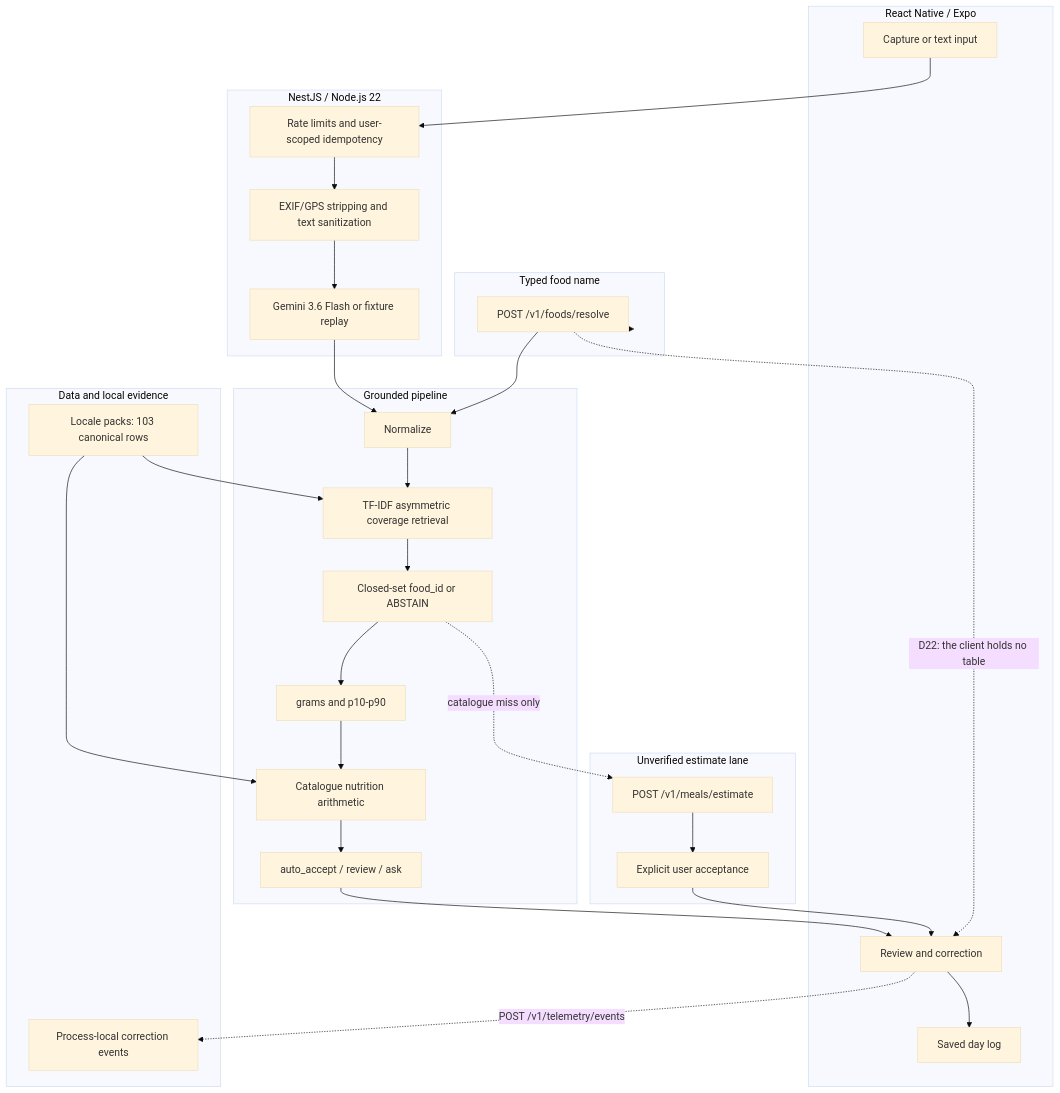
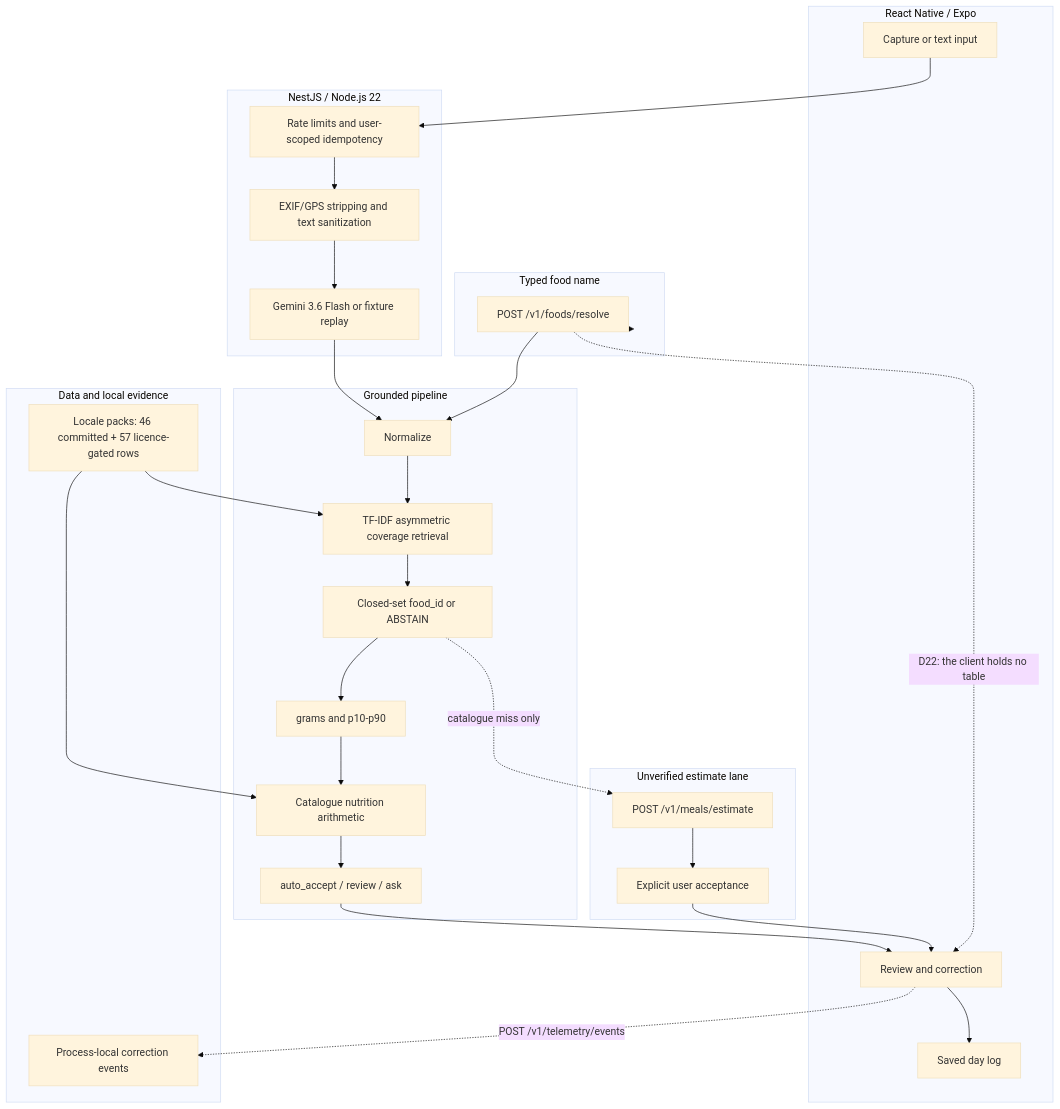
Before and after one commit to zexy2/mealog: the first of 3 diagrams in docs/architecture.md, drawn with Mermaid (base theme). The commit also changed 4 other files, not shown here.

````diff
--- a/docs/architecture.md
+++ b/docs/architecture.md
@@ -9,46 +9,46 @@
 ```mermaid
 flowchart TD
     subgraph Mobile[React Native / Expo]
         Capture[Capture or text input]
         Review[Review and correction]
         Day[Saved day log]
     end
 
     subgraph Edge[NestJS / Node.js 22]
         Limits[Rate limits and user-scoped idempotency]
         Privacy[EXIF/GPS stripping and text sanitization]
         Vision[Gemini 3.6 Flash or fixture replay]
     end
 
     subgraph Grounded[Grounded pipeline]
         Normalize[Normalize]
         Retrieve[TF-IDF asymmetric coverage retrieval]
         Resolve[Closed-set food_id or ABSTAIN]
         Portion[grams and p10-p90]
         Nutrition[Catalogue nutrition arithmetic]
         Gate[auto_accept / review / ask]
     end
 
     subgraph Optional[Unverified estimate lane]
         Estimate[POST /v1/meals/estimate]
         Accept[Explicit user acceptance]
     end
 
     subgraph Text[Typed food name]
         ResolveText[POST /v1/foods/resolve]
     end
 
     subgraph Data[Data and local evidence]
-        Packs[Locale packs: 103 canonical rows]
+        Packs[Locale packs: 46 committed + 57 licence-gated rows]
         Telemetry[Process-local correction events]
     end
 
     Capture --> Limits --> Privacy --> Vision --> Normalize --> Retrieve --> Resolve
     Resolve --> Portion --> Nutrition --> Gate --> Review --> Day
     Packs --> Retrieve
     Packs --> Nutrition
     Resolve -. catalogue miss only .-> Estimate --> Accept --> Review
     Text --> ResolveText --> Normalize
     ResolveText -. D22: the client holds no table .-> Review
     Review -. POST /v1/telemetry/events .-> Telemetry
 ```
````
